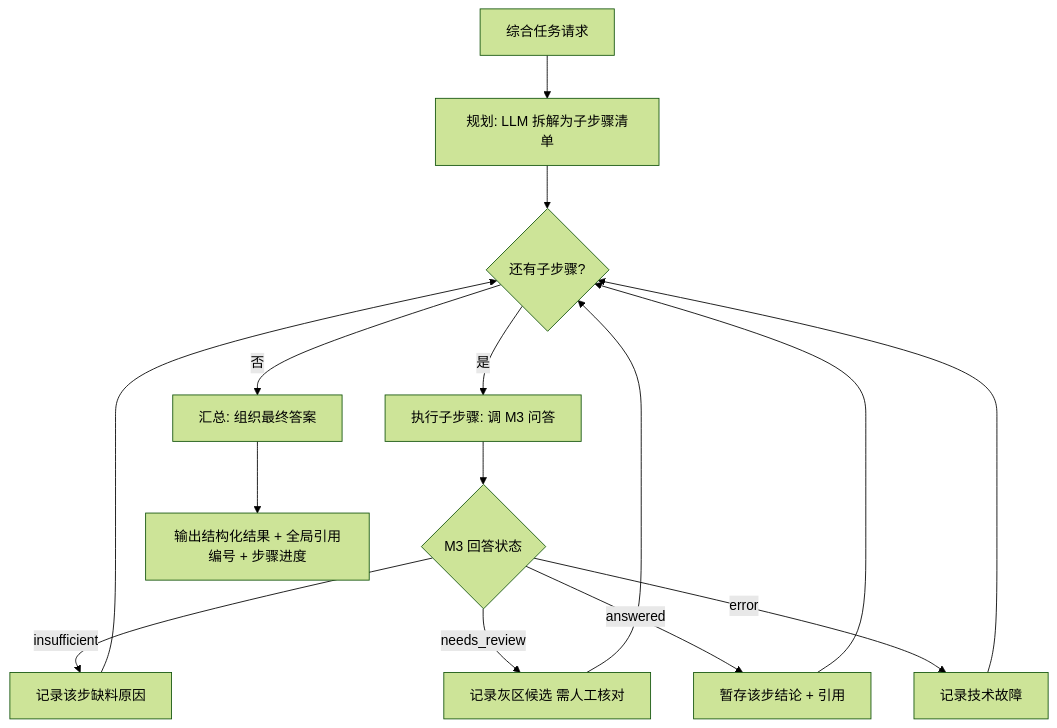
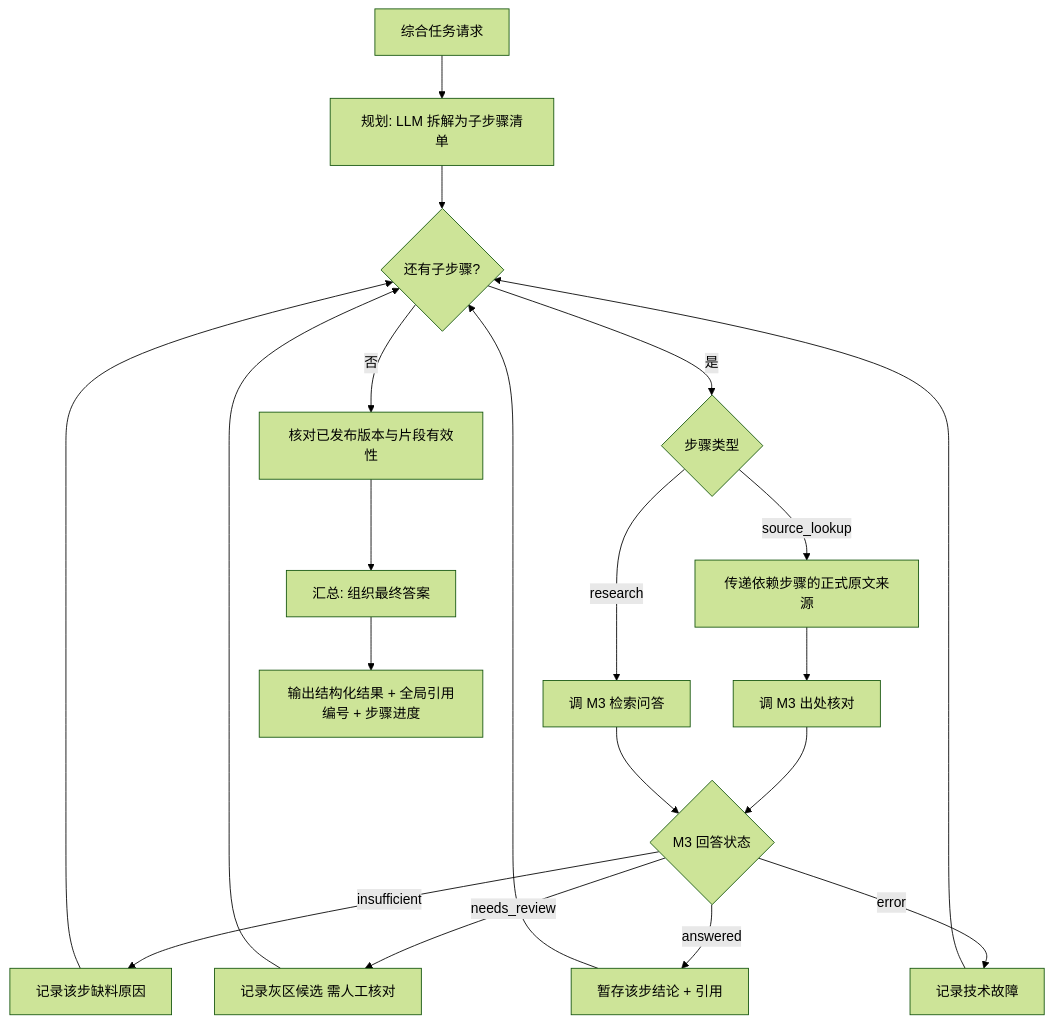
Before and after one commit to One-29/personal-knowledge-base: the diagram in docs/design/05-agent-workflow.md, drawn with Mermaid (forest theme). The commit also changed other lines of this file and 44 other files, not shown here.

````diff
--- a/docs/design/05-agent-workflow.md
+++ b/docs/design/05-agent-workflow.md
@@ -32,17 +32,22 @@
 ```mermaid
 flowchart TD
     A[综合任务请求] --> B[规划: LLM 拆解为子步骤清单]
     B --> C{还有子步骤?}
-    C -->|是| D[执行子步骤: 调 M3 问答]
+    C -->|是| T{步骤类型}
+    T -->|research| D[调 M3 检索问答]
+    T -->|source_lookup| R[传递依赖步骤的正式原文来源]
+    R --> D2[调 M3 出处核对]
+    D2 --> E
     D --> E{M3 回答状态}
     E -->|insufficient| F[记录该步缺料原因]
     E -->|needs_review| J[记录灰区候选 需人工核对]
     E -->|answered| G[暂存该步结论 + 引用]
     E -->|error| K[记录技术故障]
     F --> C
     J --> C
     K --> C
     G --> C
-    C -->|否| H[汇总: 组织最终答案]
+    C -->|否| V[核对已发布版本与片段有效性]
+    V --> H[汇总: 组织最终答案]
     H --> I[输出结构化结果 + 全局引用编号 + 步骤进度]
 ```
````
